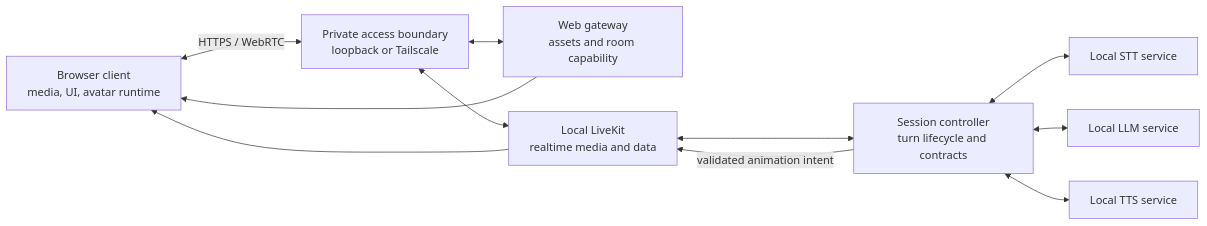
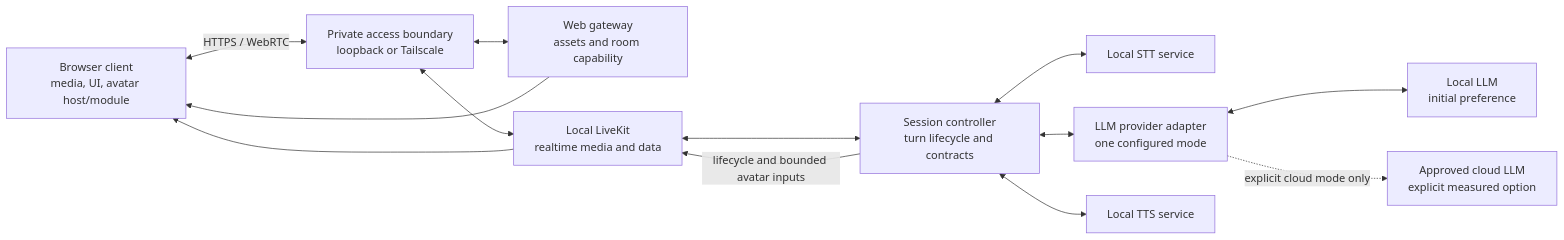
One commit to prineycom/voice-agent-v2 changed the diagram in docs/architecture.md. Above: the diagram before and after it, drawn with Mermaid. The commit also changed other lines of this file and 8 other files, not shown here.

Commit message:
docs(voice-agent-next-architecture): address architecture review

````diff
--- a/docs/architecture.md
+++ b/docs/architecture.md
@@ -39,22 +42,26 @@
 ```mermaid
 flowchart LR
-    B["Browser client<br/>media, UI, avatar runtime"]
+    B["Browser client<br/>media, UI, avatar host/module"]
     T["Private access boundary<br/>loopback or Tailscale"]
     G["Web gateway<br/>assets and room capability"]
     K["Local LiveKit<br/>realtime media and data"]
     C["Session controller<br/>turn lifecycle and contracts"]
     S["Local STT service"]
-    L["Local LLM service"]
+    P["LLM provider adapter<br/>one configured mode"]
+    L["Local LLM<br/>initial preference"]
+    X["Approved cloud LLM<br/>explicit measured option"]
     V["Local TTS service"]
 
     B <-->|HTTPS / WebRTC| T
     T <--> G
     T <--> K
     G --> B
     K <--> C
     C <--> S
-    C <--> L
+    C <--> P
+    P <--> L
+    P -.->|explicit cloud mode only| X
     C <--> V
-    C -->|validated animation intent| K
+    C -->|lifecycle and bounded avatar inputs| K
     K --> B
 ```
````
